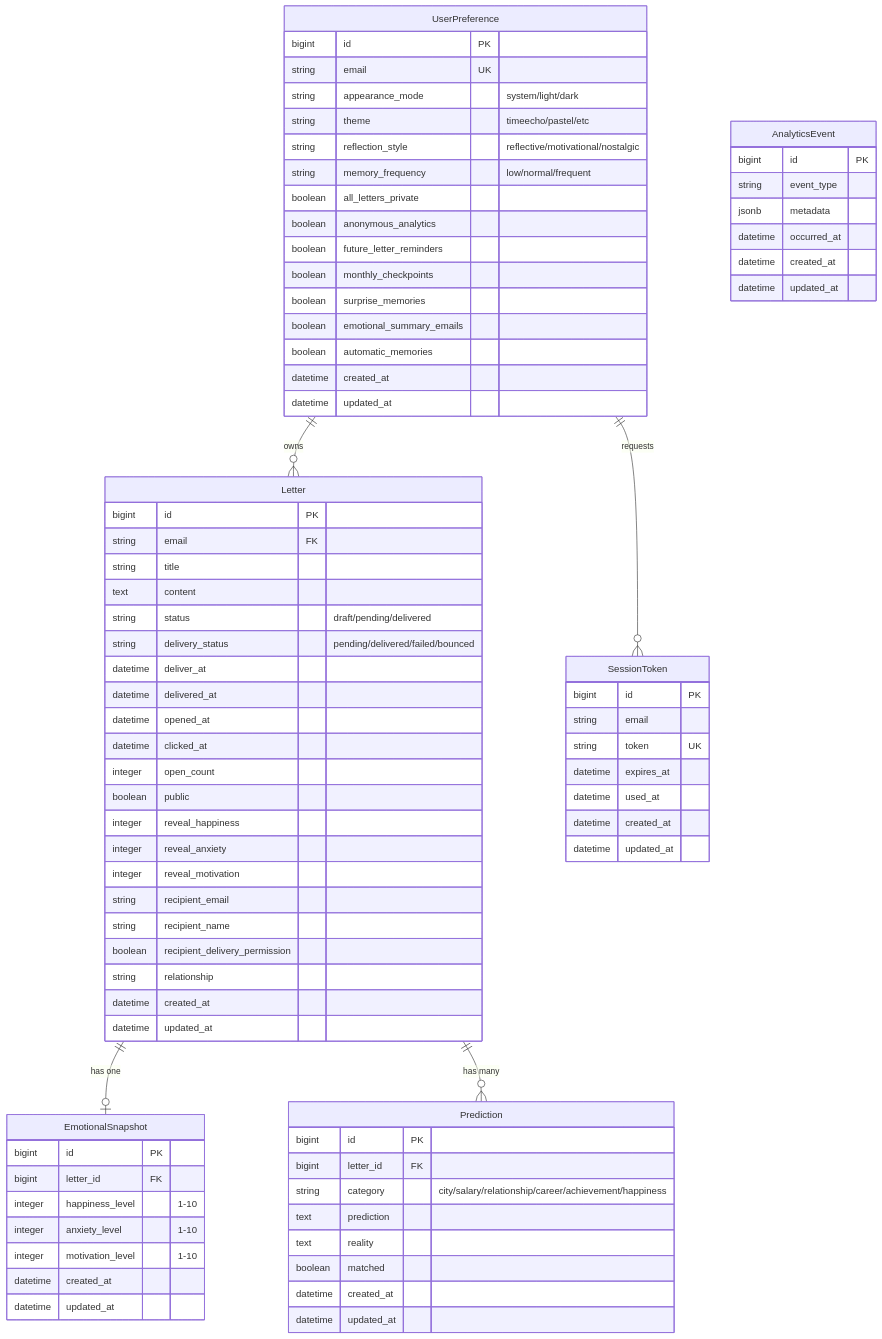
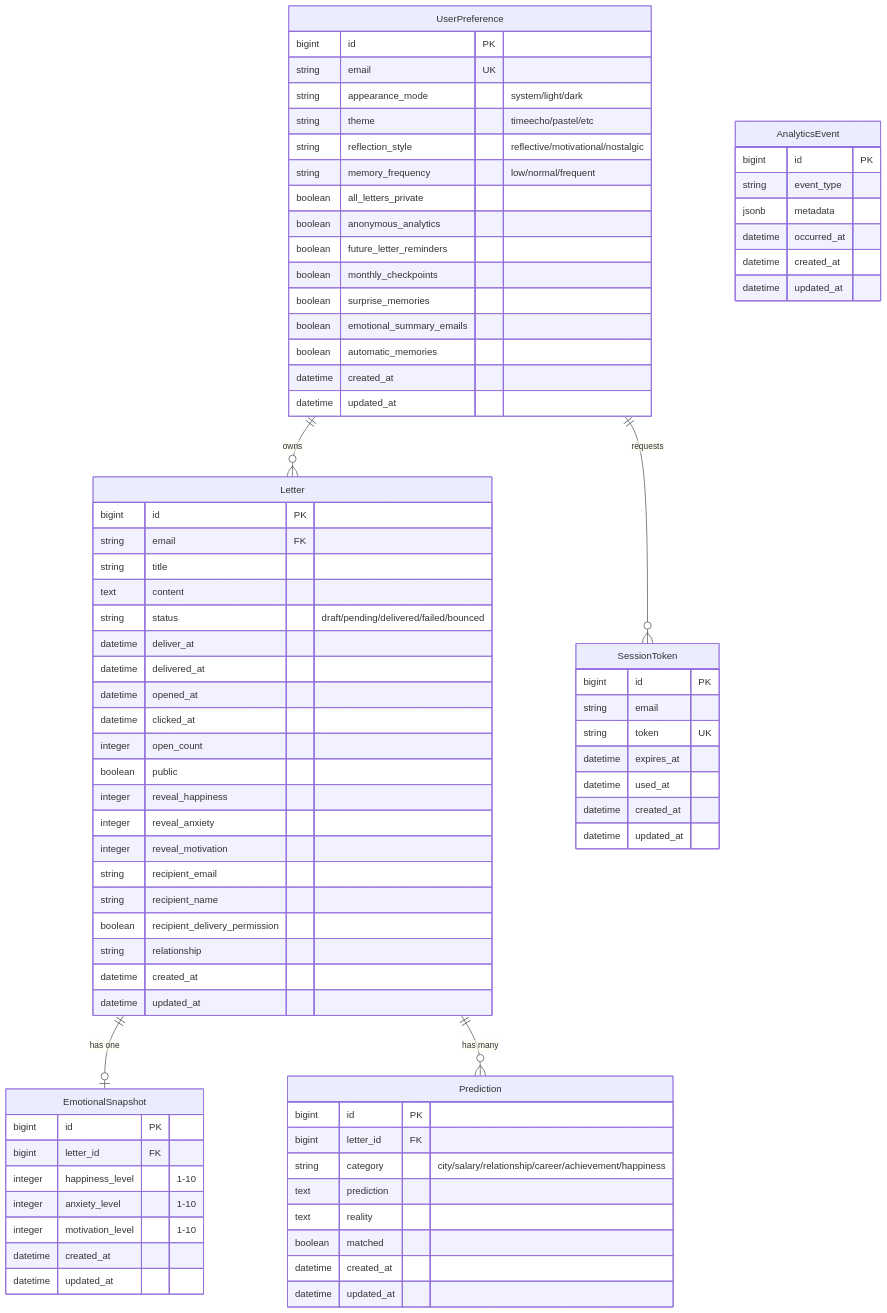
Before and after one commit to nmenag/time_echo: the third of 6 diagrams in docs/architecture.md, drawn with Mermaid. The commit also changed 28 other files, not shown here.

```diff
--- a/docs/architecture.md
+++ b/docs/architecture.md
@@ -184,8 +184,7 @@
         string email FK
         string title
         text content
-        string status "draft/pending/delivered"
-        string delivery_status "pending/delivered/failed/bounced"
+        string status "draft/pending/delivered/failed/bounced"
         datetime deliver_at
         datetime delivered_at
         datetime opened_at
```
